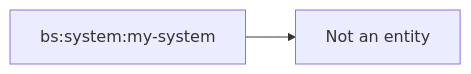
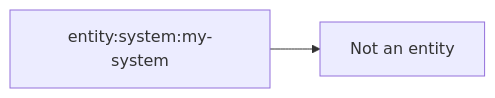
One commit to johanneswuerbach/backstage-plugin-techdocs-addon-mermaid changed the third of 3 diagrams in preview-app/e2e/docs/docs/index.md. Above: the diagram before and after it, drawn with Mermaid. The commit also changed 11 other files, not shown here.

````diff
--- a/preview-app/e2e/docs/docs/index.md
+++ b/preview-app/e2e/docs/docs/index.md
@@ -29,4 +29,4 @@
 ```mermaid
 flowchart LR
-  sys["bs:system:my-system"] --> other["Not an entity"]
+  sys["entity:system:my-system"] --> other["Not an entity"]
 ```
````
